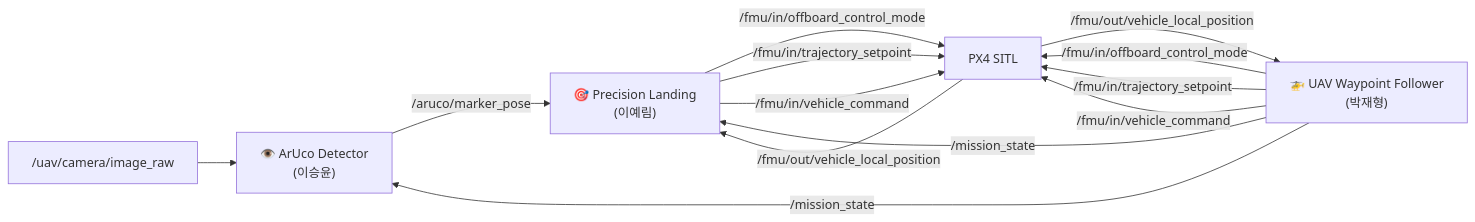
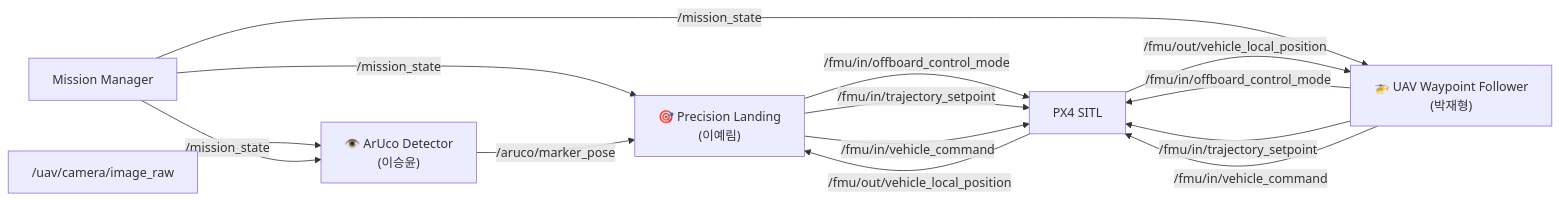
Before and after one commit to subin11111/asp_ws: the diagram in docs/uav_subsystem.md, drawn with Mermaid. The commit also changed other lines of this file, not shown here.

````diff
--- a/docs/uav_subsystem.md
+++ b/docs/uav_subsystem.md
@@ -11,28 +11,30 @@
 ```mermaid
 graph LR
 
     Camera["/uav/camera/image_raw"]
     PX4["PX4 SITL"]
+    Mission["Mission Manager"]
 
     Aruco["👁️ ArUco Detector\n(이승윤)"]
     Waypoint["🚁 UAV Waypoint Follower\n(박재형)"]
     Landing["🎯 Precision Landing\n(이예림)"]
 
     Camera --> Aruco
 
+    Mission -->|/mission_state| Aruco
+    Mission -->|/mission_state| Waypoint
+    Mission -->|/mission_state| Landing
+
     PX4 -->|/fmu/out/vehicle_local_position| Waypoint
     PX4 -->|/fmu/out/vehicle_local_position| Landing
-
-    Waypoint -->|/mission_state| Aruco
-    Waypoint -->|/mission_state| Landing
 
     Aruco -->|/aruco/marker_pose| Landing
 
     Waypoint -->|/fmu/in/offboard_control_mode| PX4
     Waypoint -->|/fmu/in/trajectory_setpoint| PX4
     Waypoint -->|/fmu/in/vehicle_command| PX4
 
     Landing -->|/fmu/in/offboard_control_mode| PX4
     Landing -->|/fmu/in/trajectory_setpoint| PX4
     Landing -->|/fmu/in/vehicle_command| PX4
 ```
````
